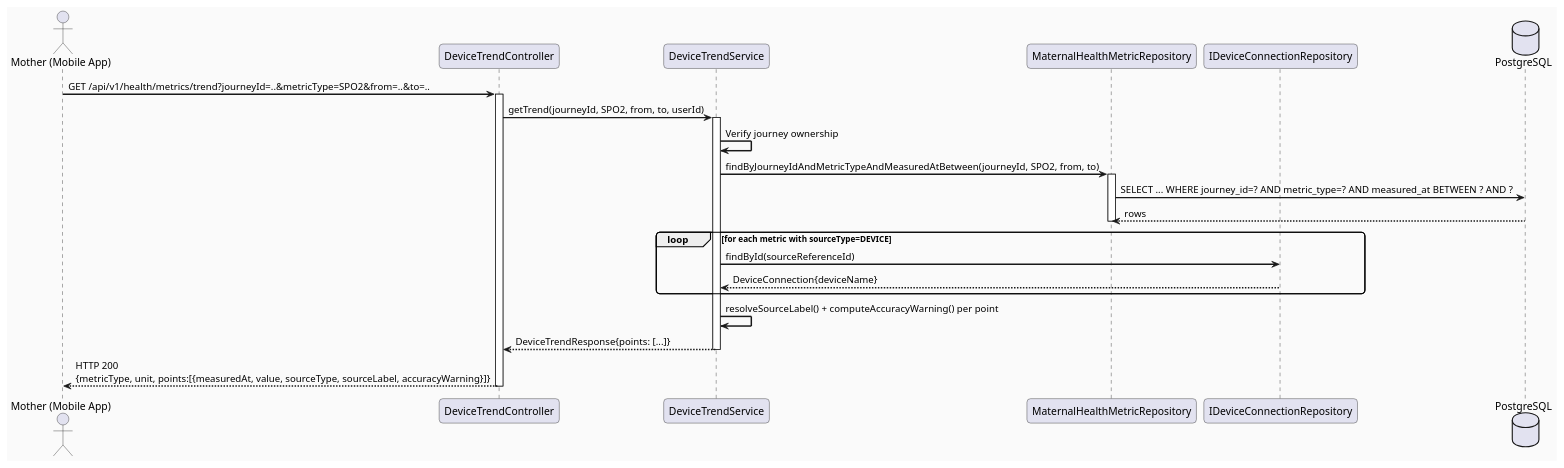
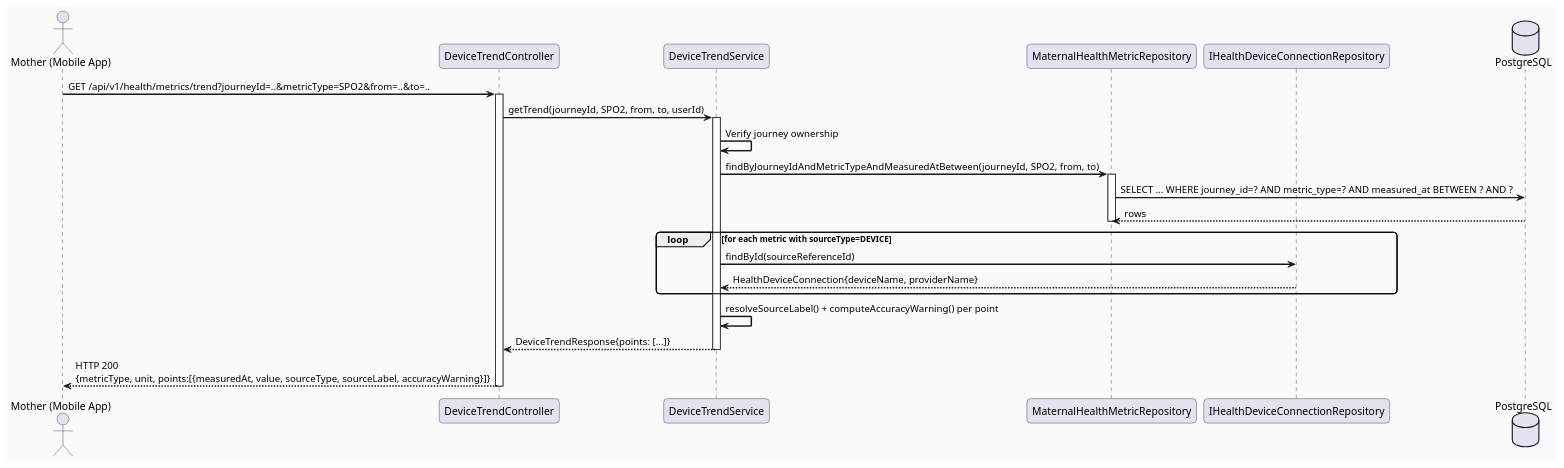
Before and after one commit to ChuongBDHE172784/CareBridge_SEP490_G79: the second of 4 diagrams in 04_Implement/UC69_ViewDeviceDataTrend/UC69_ViewDeviceDataTrend_TDS.md, drawn with PlantUML. The commit also changed other lines of this file and 95 other files, not shown here.

````diff
--- a/04_Implement/UC69_ViewDeviceDataTrend/UC69_ViewDeviceDataTrend_TDS.md
+++ b/04_Implement/UC69_ViewDeviceDataTrend/UC69_ViewDeviceDataTrend_TDS.md
@@ -231,38 +232,38 @@
 ```plantuml
 @startuml UC69_SequenceDiagram_HappyPath
 skinparam sequenceArrowThickness 2
 skinparam roundcorner 10
 skinparam backgroundColor #FAFAFA
 
 actor       "Mother (Mobile App)" as Client
 participant "DeviceTrendController" as Controller
 participant "DeviceTrendService"    as Service
 participant "MaternalHealthMetricRepository" as MetricRepo
-participant "IDeviceConnectionRepository"    as DeviceRepo
+participant "IHealthDeviceConnectionRepository"    as DeviceRepo
 database    "PostgreSQL"            as DB
 
 Client -> Controller : GET /api/v1/health/metrics/trend?journeyId=..&metricType=SPO2&from=..&to=..
 activate Controller
 Controller -> Service : getTrend(journeyId, SPO2, from, to, userId)
 activate Service
 
 Service -> Service : Verify journey ownership
 Service -> MetricRepo : findByJourneyIdAndMetricTypeAndMeasuredAtBetween(journeyId, SPO2, from, to)
 activate MetricRepo
 MetricRepo -> DB : SELECT ... WHERE journey_id=? AND metric_type=? AND measured_at BETWEEN ? AND ?
 DB --> MetricRepo : rows
 deactivate MetricRepo
 
 loop for each metric with sourceType=DEVICE
   Service -> DeviceRepo : findById(sourceReferenceId)
-  DeviceRepo --> Service : DeviceConnection{deviceName}
+  DeviceRepo --> Service : HealthDeviceConnection{deviceName, providerName}
 end
 
 Service -> Service : resolveSourceLabel() + computeAccuracyWarning() per point
 Service --> Controller : DeviceTrendResponse{points: [...]}
 deactivate Service
 
 Controller --> Client : HTTP 200\n{metricType, unit, points:[{measuredAt, value, sourceType, sourceLabel, accuracyWarning}]}
 deactivate Controller
 @enduml
 ```
````
